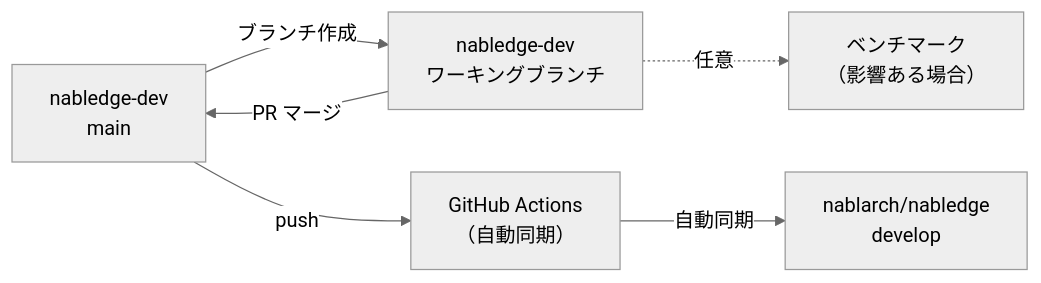
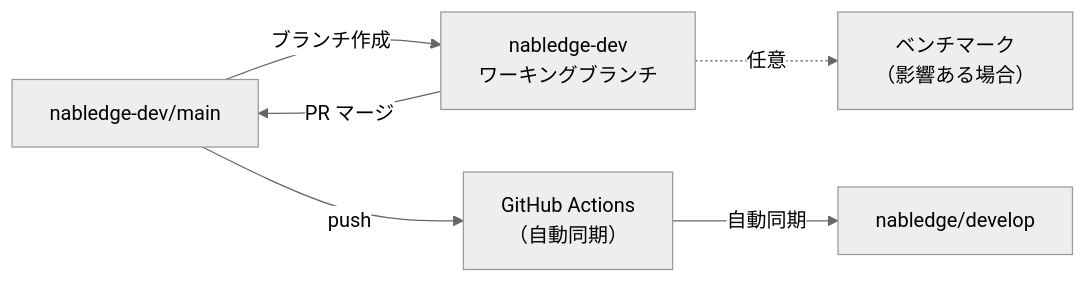
The first of 2 diagrams in README.md (nablarch/nabledge-dev), drawn with Mermaid (neutral theme) before and after one commit. The commit also changed other lines of this file, not shown here.

````diff
--- a/README.md
+++ b/README.md
@@ -58,14 +58,14 @@
 ```mermaid
 flowchart LR
-    MAIN["nabledge-dev<br/>main"]
+    MAIN["nabledge-dev/main"]
     WB["nabledge-dev<br/>ワーキングブランチ"]
     BM["ベンチマーク<br/>（影響ある場合）"]
     GHA["GitHub Actions<br/>（自動同期）"]
-    DEV["nablarch/nabledge<br/>develop"]
+    DEV["nabledge/develop"]
 
     MAIN -->|"ブランチ作成"| WB
     WB -.->|"任意"| BM
     WB -->|"PR マージ"| MAIN
     MAIN -->|"push"| GHA
     GHA -->|"自動同期"| DEV
 ```
````
